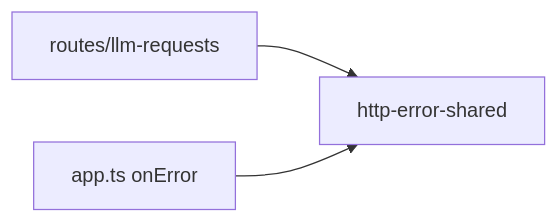
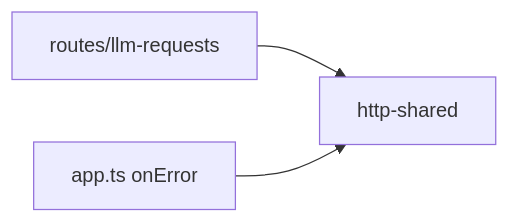
Before and after one commit to moeru-ai/airi: the first of 2 diagrams in server/docs/ai/adr/2026-10-19-http-response-conventions.md, drawn with Mermaid. The commit also changed other lines of this file and 106 other files, not shown here.

First line of the commit message:
refactor(http-shared): rename http-error-shared to http-shared

````diff
--- a/server/docs/ai/adr/2026-10-19-http-response-conventions.md
+++ b/server/docs/ai/adr/2026-10-19-http-response-conventions.md
@@ -88,5 +88,5 @@
 ```mermaid
 graph LR
-  Route[routes/llm-requests] --> Shared[http-error-shared]
+  Route[routes/llm-requests] --> Shared[http-shared]
   App[app.ts onError] --> Shared
 ```
````
